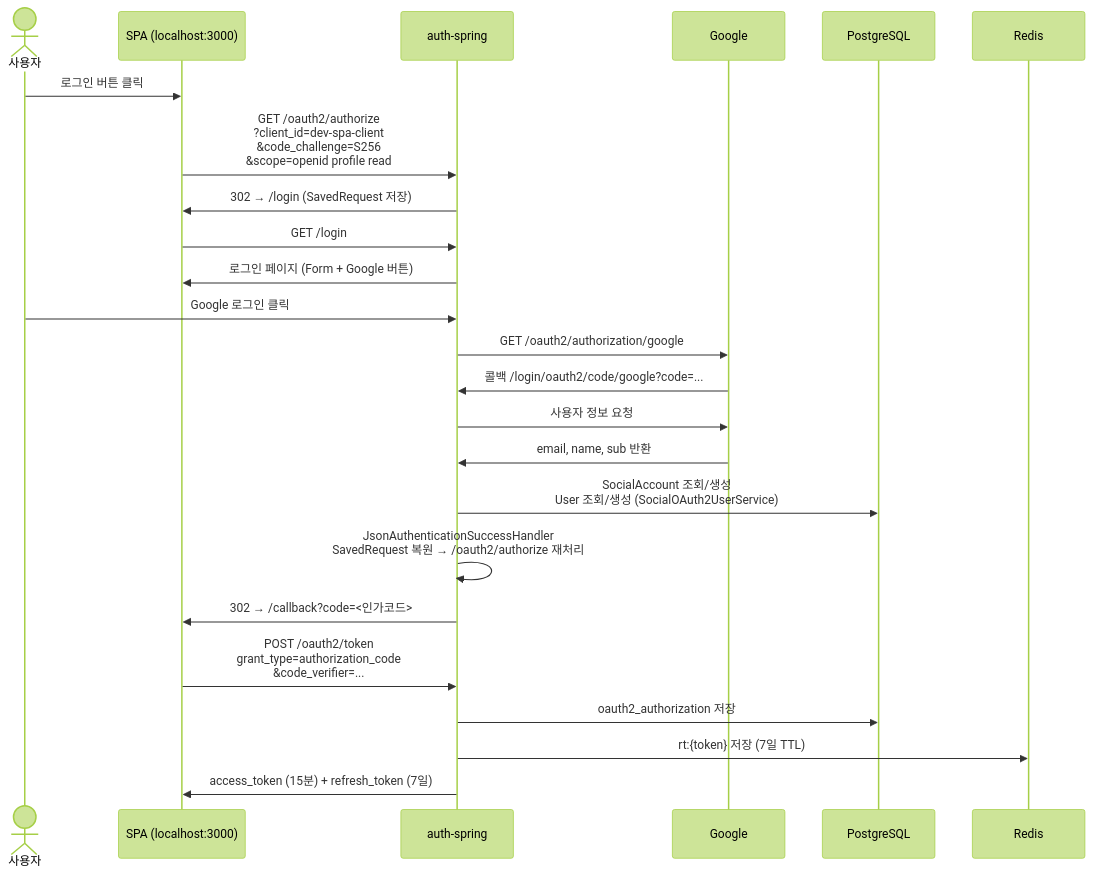
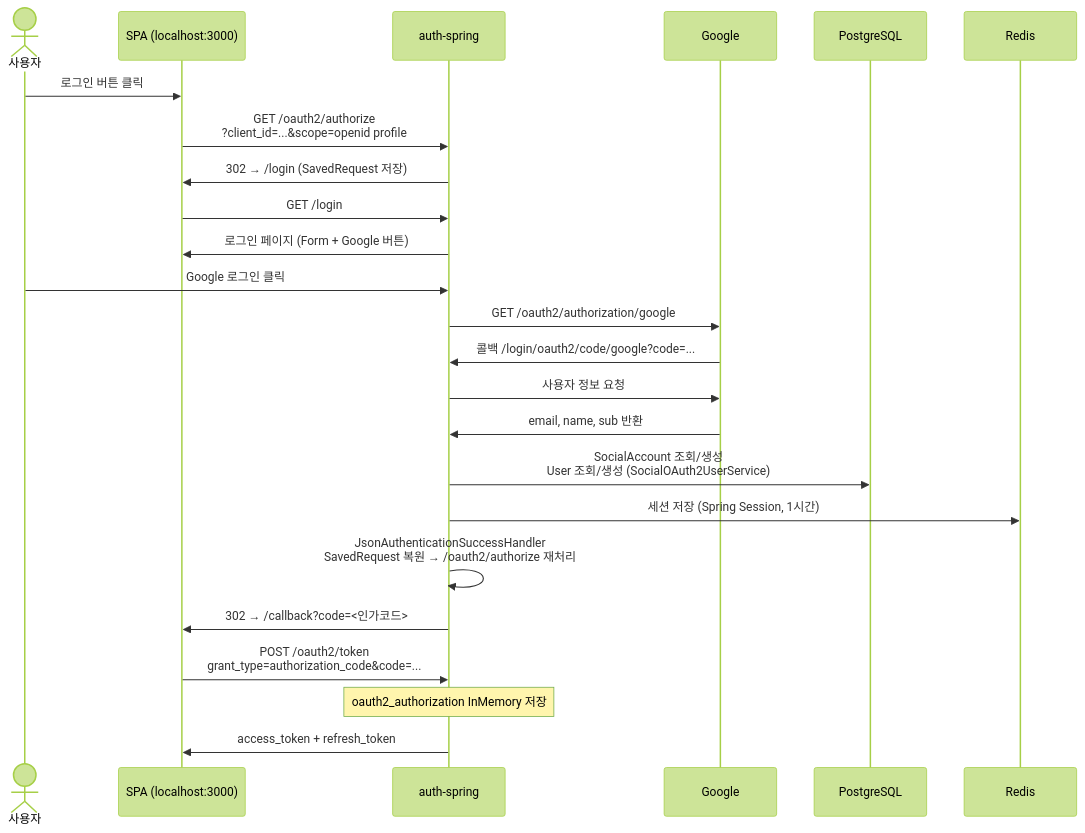
The fourth of 5 diagrams in auth-spring/README.md (dodudi/rudy-project), drawn with Mermaid (forest theme) before and after one commit. The commit also changed other lines of this file, not shown here.

````diff
--- a/auth-spring/README.md
+++ b/auth-spring/README.md
@@ -210,27 +206,27 @@
 ```mermaid
 sequenceDiagram
     actor User as 사용자
     participant SPA as SPA (localhost:3000)
     participant AS as auth-spring
     participant Google as Google
     participant DB as PostgreSQL
     participant Redis as Redis
 
     User->>SPA: 로그인 버튼 클릭
-    SPA->>AS: GET /oauth2/authorize<br/>?client_id=dev-spa-client<br/>&code_challenge=S256<br/>&scope=openid profile read
+    SPA->>AS: GET /oauth2/authorize<br/>?client_id=...&scope=openid profile
     AS->>SPA: 302 → /login (SavedRequest 저장)
     SPA->>AS: GET /login
     AS->>SPA: 로그인 페이지 (Form + Google 버튼)
     User->>AS: Google 로그인 클릭
     AS->>Google: GET /oauth2/authorization/google
     Google->>AS: 콜백 /login/oauth2/code/google?code=...
     AS->>Google: 사용자 정보 요청
     Google->>AS: email, name, sub 반환
     AS->>DB: SocialAccount 조회/생성<br/>User 조회/생성 (SocialOAuth2UserService)
+    AS->>Redis: 세션 저장 (Spring Session, 1시간)
     AS->>AS: JsonAuthenticationSuccessHandler<br/>SavedRequest 복원 → /oauth2/authorize 재처리
     AS->>SPA: 302 → /callback?code=<인가코드>
-    SPA->>AS: POST /oauth2/token<br/>grant_type=authorization_code<br/>&code_verifier=...
-    AS->>DB: oauth2_authorization 저장
-    AS->>Redis: rt:{token} 저장 (7일 TTL)
-    AS->>SPA: access_token (15분) + refresh_token (7일)
+    SPA->>AS: POST /oauth2/token<br/>grant_type=authorization_code&code=...
+    Note over AS: oauth2_authorization InMemory 저장
+    AS->>SPA: access_token + refresh_token
 ```
````
